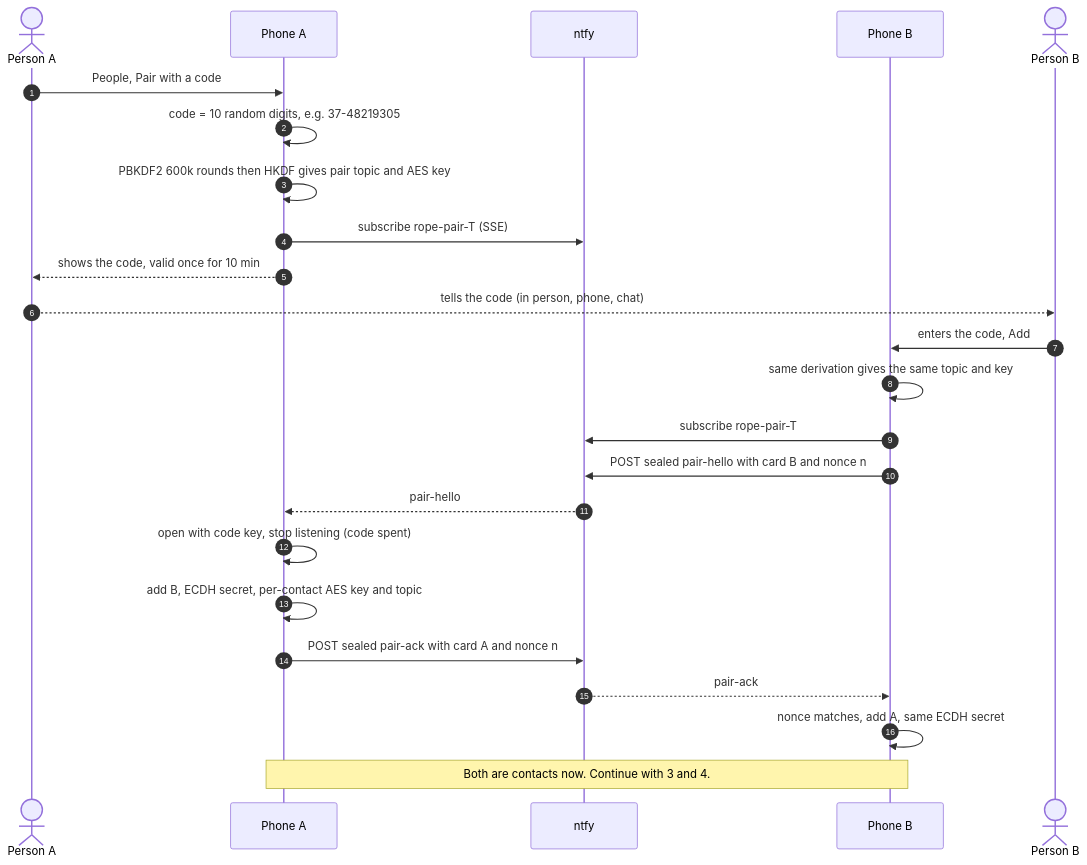
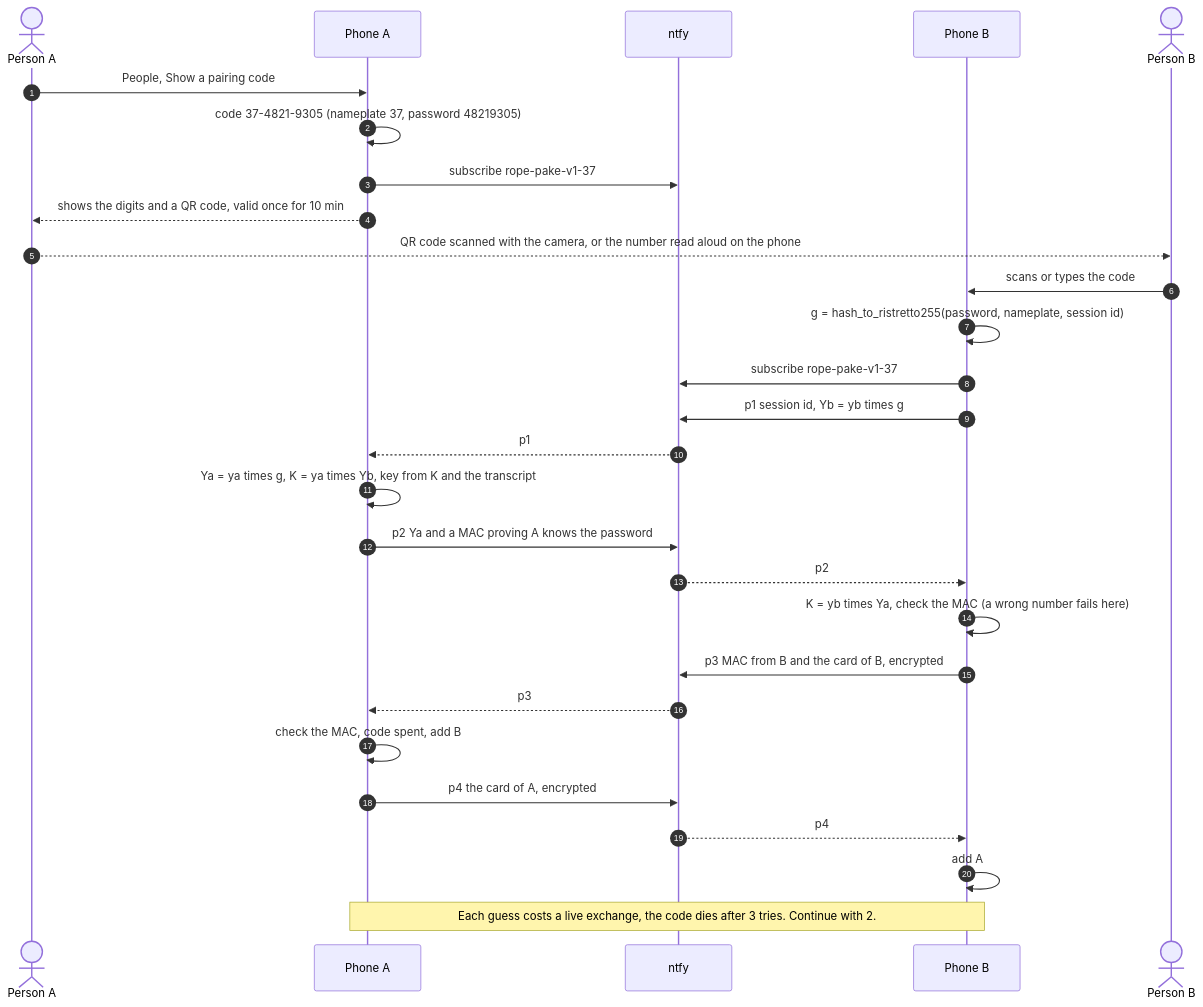
The first of 4 diagrams in README.md (joranlager/rope), drawn with Mermaid before and after one commit. The commit also changed other lines of this file and 20 other files, not shown here.

````diff
--- a/README.md
+++ b/README.md
@@ -147,26 +163,30 @@
 ```mermaid
 sequenceDiagram
     autonumber
     actor UA as Person A
     participant A as Phone A
     participant N as ntfy
     participant B as Phone B
     actor UB as Person B
-    UA->>A: People, Pair with a code
-    A->>A: code = 10 random digits, e.g. 37-48219305
-    A->>A: PBKDF2 600k rounds then HKDF gives pair topic and AES key
-    A->>N: subscribe rope-pair-T (SSE)
-    A-->>UA: shows the code, valid once for 10 min
-    UA-->>UB: tells the code (in person, phone, chat)
-    UB->>B: enters the code, Add
-    B->>B: same derivation gives the same topic and key
-    B->>N: subscribe rope-pair-T
-    B->>N: POST sealed pair-hello with card B and nonce n
-    N-->>A: pair-hello
-    A->>A: open with code key, stop listening (code spent)
-    A->>A: add B, ECDH secret, per-contact AES key and topic
-    A->>N: POST sealed pair-ack with card A and nonce n
-    N-->>B: pair-ack
-    B->>B: nonce matches, add A, same ECDH secret
-    Note over A,B: Both are contacts now. Continue with 3 and 4.
+    UA->>A: People, Show a pairing code
+    A->>A: code 37-4821-9305 (nameplate 37, password 48219305)
+    A->>N: subscribe rope-pake-v1-37
+    A-->>UA: shows the digits and a QR code, valid once for 10 min
+    UA-->>UB: QR code scanned with the camera, or the number read aloud on the phone
+    UB->>B: scans or types the code
+    B->>B: g = hash_to_ristretto255(password, nameplate, session id)
+    B->>N: subscribe rope-pake-v1-37
+    B->>N: p1 session id, Yb = yb times g
+    N-->>A: p1
+    A->>A: Ya = ya times g, K = ya times Yb, key from K and the transcript
+    A->>N: p2 Ya and a MAC proving A knows the password
+    N-->>B: p2
+    B->>B: K = yb times Ya, check the MAC (a wrong number fails here)
+    B->>N: p3 MAC from B and the card of B, encrypted
+    N-->>A: p3
+    A->>A: check the MAC, code spent, add B
+    A->>N: p4 the card of A, encrypted
+    N-->>B: p4
+    B->>B: add A
+    Note over A,B: Each guess costs a live exchange, the code dies after 3 tries. Continue with 2.
 ```
````
